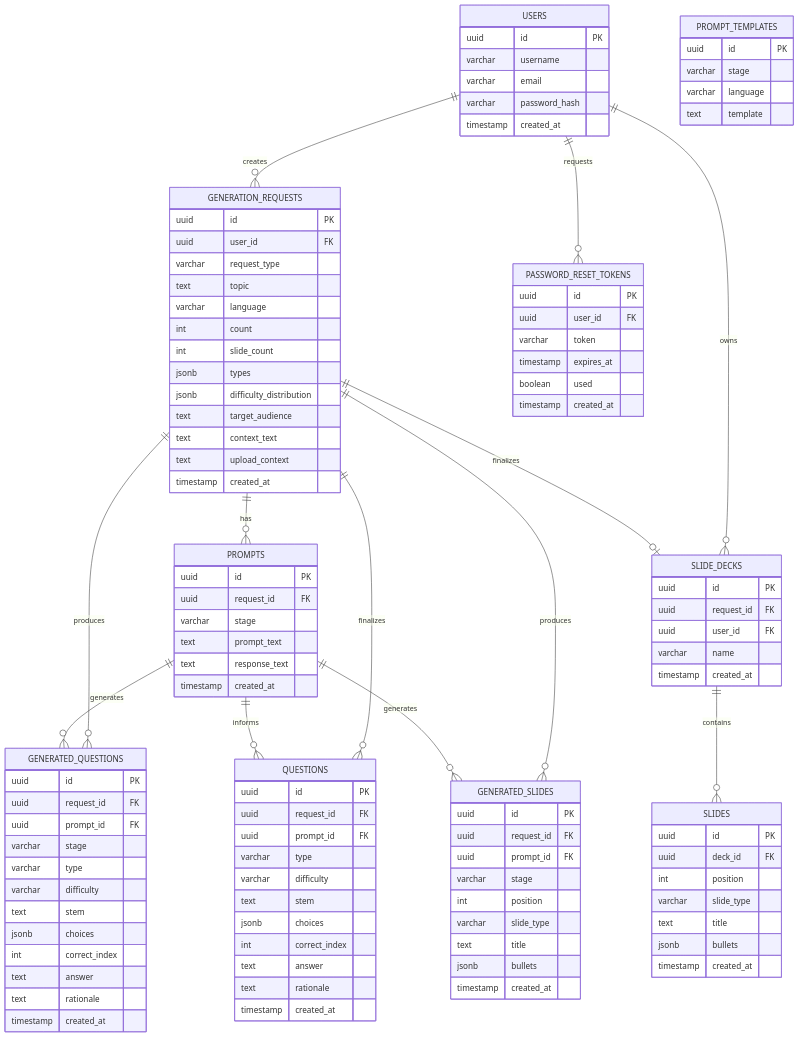
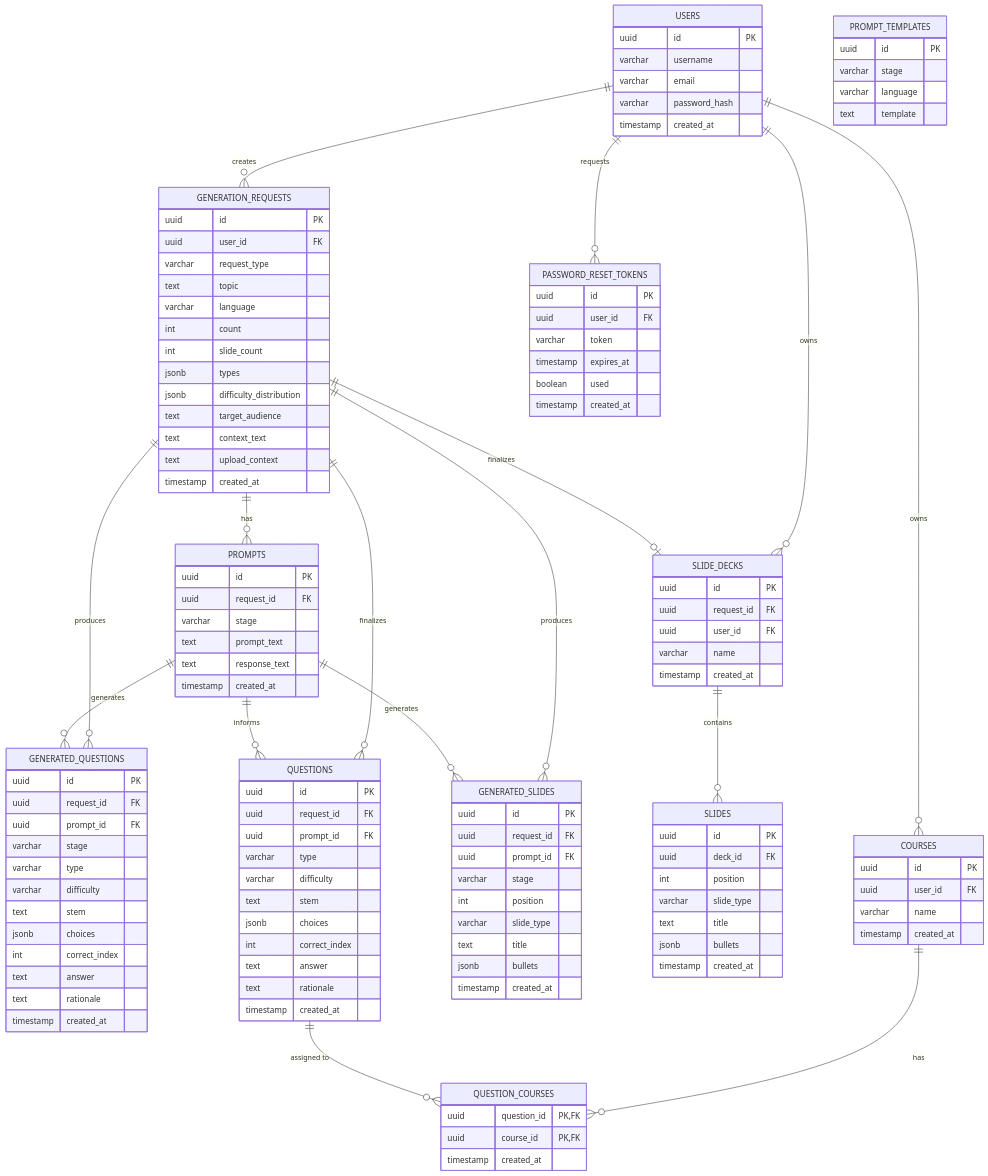
Before and after one commit to shezsoltani/AILV-Project: the first of 2 diagrams in docs/database.md, drawn with Mermaid. The commit also changed other lines of this file and 1 other file, not shown here.

Commit message:
docs: Zuordnung von Fragen zu Lehrveranstaltungen (Modell und API) dokumentiert

````diff
--- a/docs/database.md
+++ b/docs/database.md
@@ -117,6 +117,19 @@
         timestamp created_at
     }
 
+    COURSES {
+        uuid id PK
+        uuid user_id FK
+        varchar name
+        timestamp created_at
+    }
+
+    QUESTION_COURSES {
+        uuid question_id PK,FK
+        uuid course_id PK,FK
+        timestamp created_at
+    }
+
     %% Beziehungen
     USERS ||--o{ GENERATION_REQUESTS : "creates"
     USERS ||--o{ SLIDE_DECKS : "owns"
@@ -130,4 +143,8 @@
     PROMPTS ||--o{ QUESTIONS : "informs"
     PROMPTS ||--o{ GENERATED_SLIDES : "generates"
     SLIDE_DECKS ||--o{ SLIDES : "contains"
+    %% Lehrveranstaltungen (Vorschlag, siehe Abschnitt "Lehrveranstaltungen")
+    USERS ||--o{ COURSES : "owns"
+    COURSES ||--o{ QUESTION_COURSES : "has"
+    QUESTIONS ||--o{ QUESTION_COURSES : "assigned to"
 ```
````
